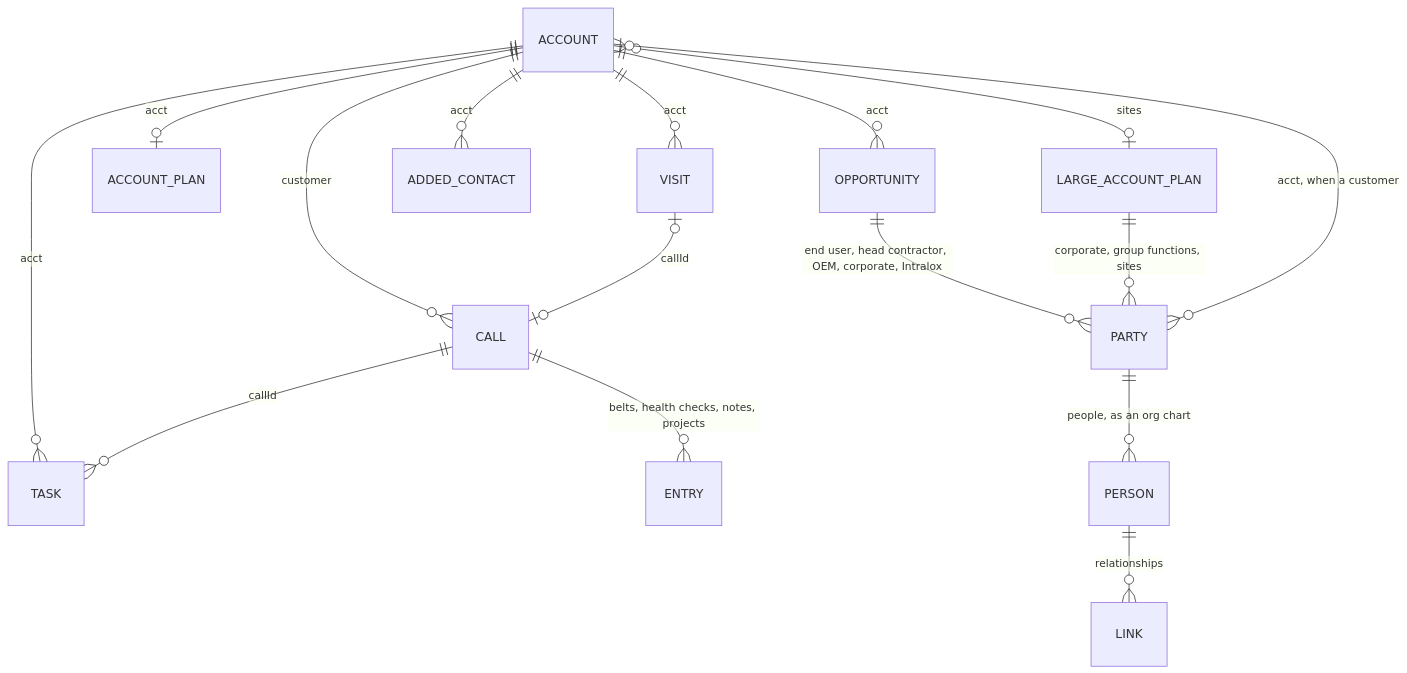
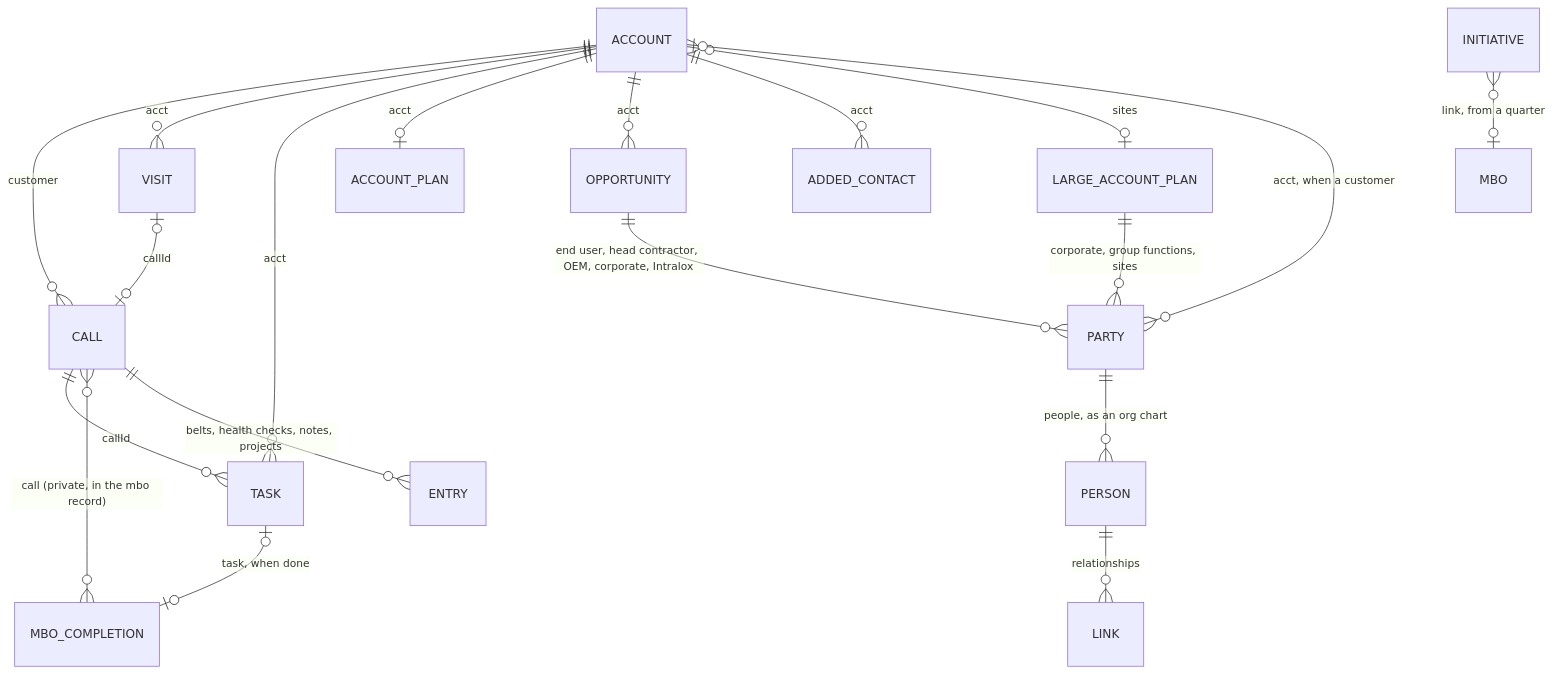
One commit to benjaminkeithrose-svg/CRM changed the second of 2 diagrams in docs/02-database.md. Above: the diagram before and after it, drawn with Mermaid. The commit also changed other lines of this file and 10 other files, not shown here.

````diff
--- a/docs/02-database.md
+++ b/docs/02-database.md
@@ -245,18 +260,21 @@
 ```mermaid
 erDiagram
   ACCOUNT ||--o{ CALL : "customer"
   ACCOUNT ||--o{ VISIT : "acct"
   ACCOUNT ||--o{ TASK : "acct"
   ACCOUNT ||--o| ACCOUNT_PLAN : "acct"
   ACCOUNT ||--o{ OPPORTUNITY : "acct"
   ACCOUNT ||--o{ ADDED_CONTACT : "acct"
   ACCOUNT }o--o| LARGE_ACCOUNT_PLAN : "sites"
   VISIT |o--o| CALL : "callId"
   CALL ||--o{ TASK : "callId"
+  CALL }o--o{ MBO_COMPLETION : "call (private, in the mbo record)"
+  TASK |o--o| MBO_COMPLETION : "task, when done"
+  INITIATIVE }o--o| MBO : "link, from a quarter"
   CALL ||--o{ ENTRY : "belts, health checks, notes, projects"
   OPPORTUNITY ||--o{ PARTY : "end user, head contractor, OEM, corporate, Intralox"
   PARTY ||--o{ PERSON : "people, as an org chart"
   PERSON ||--o{ LINK : "relationships"
   LARGE_ACCOUNT_PLAN ||--o{ PARTY : "corporate, group functions, sites"
   PARTY }o--o| ACCOUNT : "acct, when a customer"
 ```
````
